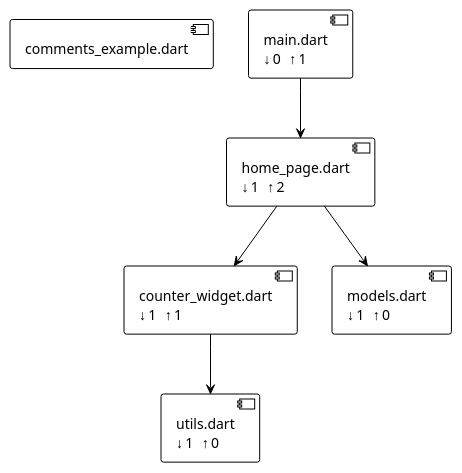
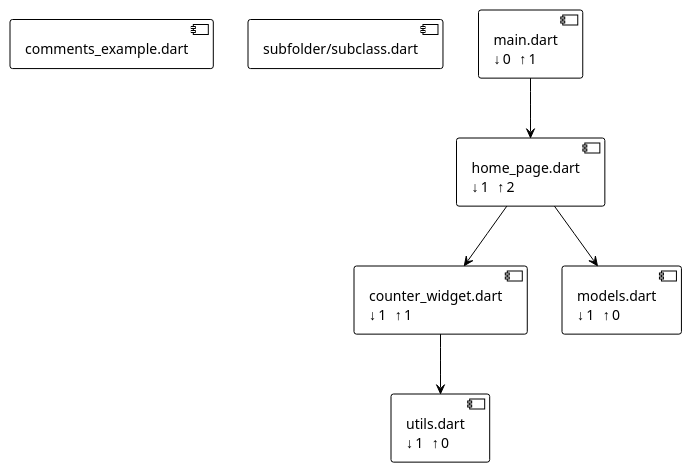
One commit to vteam-com/fCheck changed the diagram in example/layers.puml. Above: the diagram before and after it, drawn with PlantUML. The commit also changed 10 other files, not shown here.

```diff
--- a/example/layers.puml
+++ b/example/layers.puml
@@ -1,16 +1,17 @@
 @startuml Architecture
 !theme plain
 
 component [comments_example.dart] as compcommentsexample
+component [subfolder/subclass.dart] as compsubfoldersubclass
 component [main.dart\n↓0 ↑1] as compmain
 component [utils.dart\n↓1 ↑0] as computils
 component [counter_widget.dart\n↓1 ↑1] as compcounterwidget
 component [models.dart\n↓1 ↑0] as compmodels
 component [home_page.dart\n↓1 ↑2] as comphomepage
 
 "compmain" --> "comphomepage"
 "compcounterwidget" --> "computils"
 "comphomepage" --> "compcounterwidget"
 "comphomepage" --> "compmodels"
 
 @enduml
```
